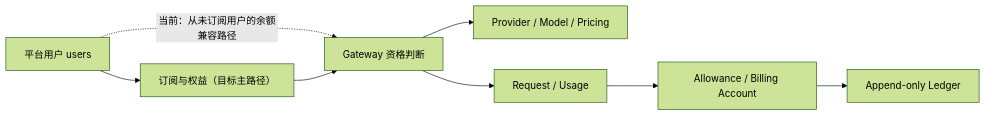
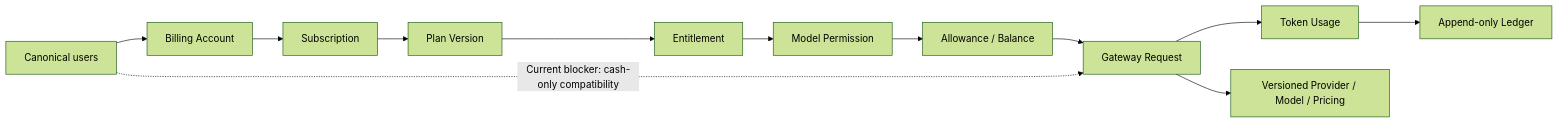
Before and after one commit to glide-the/dream-im-platform: the diagram in docs/prd/ink-memory-admin-prd-v3.md, drawn with Mermaid (forest theme). The commit also changed other lines of this file and 33 other files, not shown here.

First line of the commit message:
feat: Enhance admin model permissions UI and update gateway protocol tests

````diff
--- a/docs/prd/ink-memory-admin-prd-v3.md
+++ b/docs/prd/ink-memory-admin-prd-v3.md
@@ -15,10 +24,9 @@
 ```mermaid
 flowchart LR
-  U["平台用户 users"] --> S["订阅与权益（目标主路径）"]
-  U -. "当前：从未订阅用户的余额兼容路径" .-> G
-  S --> G["Gateway 资格判断"]
-  G --> R["Provider / Model / Pricing"]
-  G --> X["Request / Usage"]
-  X --> A["Allowance / Billing Account"]
-  A --> L["Append-only Ledger"]
+  U["Canonical users"] --> B["Billing Account"] --> S["Subscription"]
+  S --> V["Plan Version"] --> E["Entitlement"] --> M["Model Permission"]
+  M --> A["Allowance / Balance"] --> G["Gateway Request"]
+  G --> X["Token Usage"] --> L["Append-only Ledger"]
+  G --> R["Versioned Provider / Model / Pricing"]
+  U -. "Current blocker: cash-only compatibility" .-> G
 ```
````
